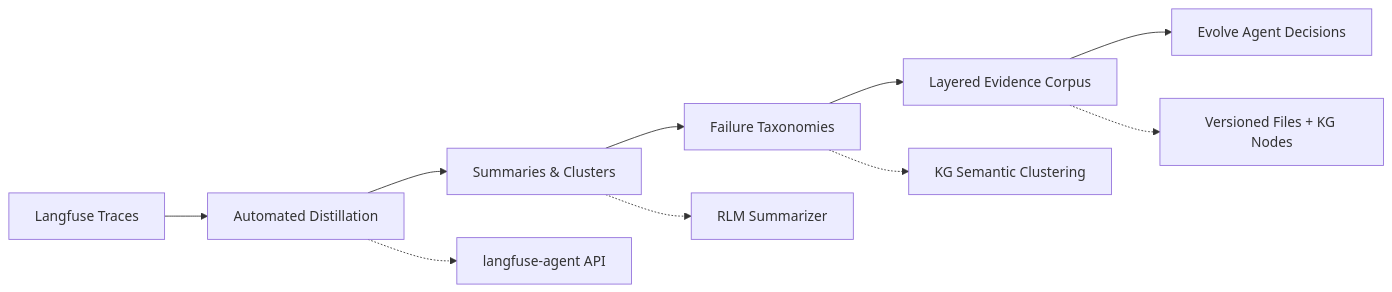
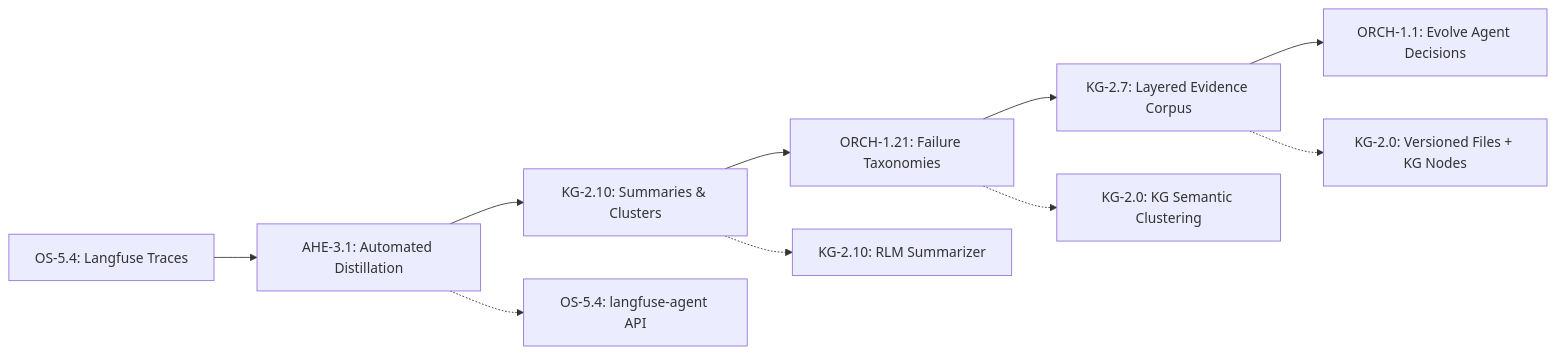
Before and after one commit to Knuckles-Team/agent-utilities: the first of 3 diagrams in docs/guides/AHE_ARCHITECTURE.md, drawn with Mermaid. The commit also changed other lines of this file and 325 other files, not shown here.

````diff
--- a/docs/guides/AHE_ARCHITECTURE.md
+++ b/docs/guides/AHE_ARCHITECTURE.md
@@ -22,13 +22,13 @@
 ```mermaid
 graph LR
-    A[Langfuse Traces] --> B[Automated Distillation]
-    B --> C[Summaries & Clusters]
-    C --> D[Failure Taxonomies]
-    D --> E[Layered Evidence Corpus]
-    E --> F[Evolve Agent Decisions]
+    A[OS-5.4: Langfuse Traces] --> B[AHE-3.1: Automated Distillation]
+    B --> C[KG-2.10: Summaries & Clusters]
+    C --> D[ORCH-1.21: Failure Taxonomies]
+    D --> E[KG-2.7: Layered Evidence Corpus]
+    E --> F[ORCH-1.1: Evolve Agent Decisions]
 
-    B -.-> G[langfuse-agent API]
-    C -.-> H[RLM Summarizer]
-    D -.-> I[KG Semantic Clustering]
-    E -.-> J[Versioned Files + KG Nodes]
+    B -.-> G[OS-5.4: langfuse-agent API]
+    C -.-> H[KG-2.10: RLM Summarizer]
+    D -.-> I[KG-2.0: KG Semantic Clustering]
+    E -.-> J[KG-2.0: Versioned Files + KG Nodes]
 ```
````
